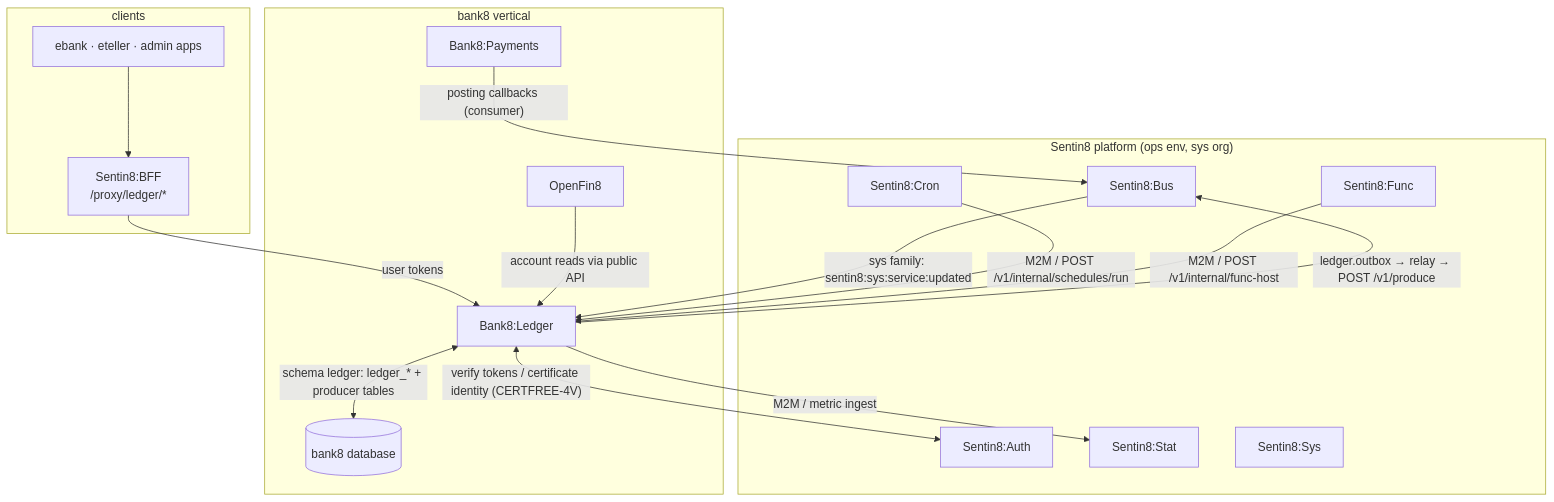
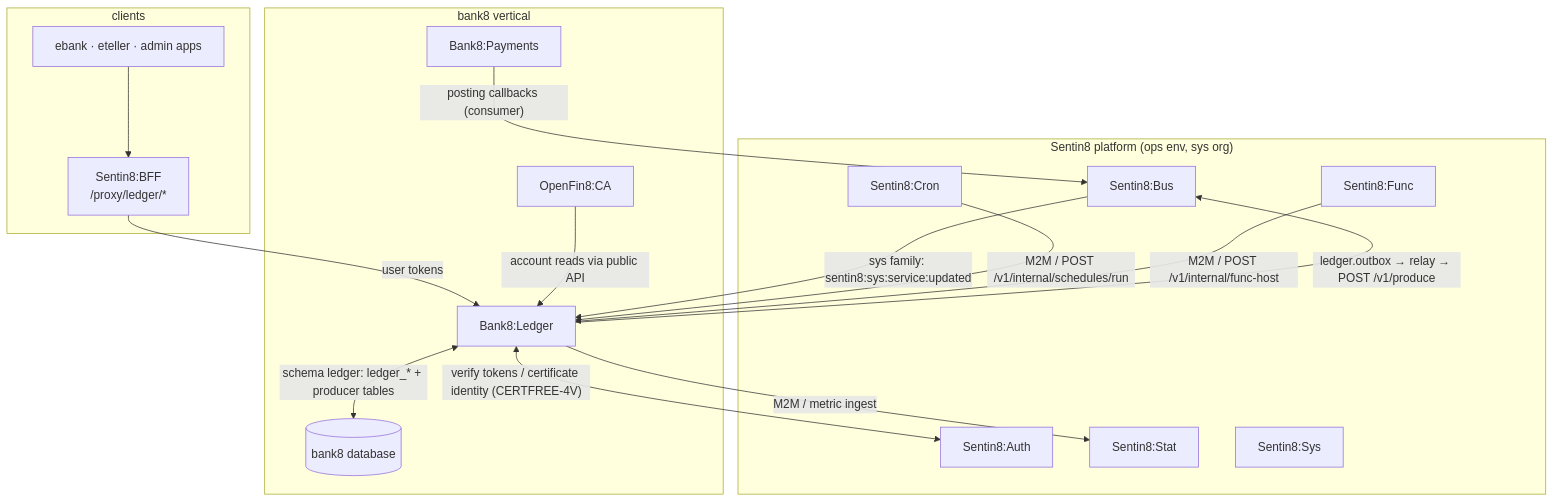
Before and after one commit to Bank8-dev/bank8-site: the first of 8 diagrams in docs/products/ledger/design.md, drawn with Mermaid. The commit also changed 10 other files, not shown here.

````diff
--- a/docs/products/ledger/design.md
+++ b/docs/products/ledger/design.md
@@ -26,31 +26,31 @@
 ```mermaid
 graph TD
     subgraph platform["Sentin8 platform (ops env, sys org)"]
         AUTH["Sentin8:Auth"]
         BUS["Sentin8:Bus"]
         CRON["Sentin8:Cron"]
         FUNC["Sentin8:Func"]
         STAT["Sentin8:Stat"]
         SYS["Sentin8:Sys"]
     end
     subgraph vertical["bank8 vertical"]
         LEDGER["Bank8:Ledger"]
         PAY["Bank8:Payments"]
-        FDX["OpenFin8"]
+        FDX["OpenFin8:CA"]
         PG[("bank8 database")]
     end
     subgraph clients
         BFF["Sentin8:BFF<br/>/proxy/ledger/*"]
         APPS["ebank · eteller · admin apps"]
     end
     APPS --> BFF -->|"user tokens"| LEDGER
     LEDGER <-->|"verify tokens / certificate identity (CERTFREE-4V)"| AUTH
     LEDGER -->|"ledger.outbox → relay → POST /v1/produce"| BUS
     BUS -->|"sys family: sentin8:sys:service:updated"| LEDGER
     CRON -->|"M2M / POST /v1/internal/schedules/run"| LEDGER
     FUNC -->|"M2M / POST /v1/internal/func-host"| LEDGER
     LEDGER -->|"M2M / metric ingest"| STAT
     PAY -->|"posting callbacks (consumer)"| BUS
     FDX -->|"account reads via public API"| LEDGER
     LEDGER <-->|"schema ledger: ledger_* + producer tables"| PG
 ```
````
